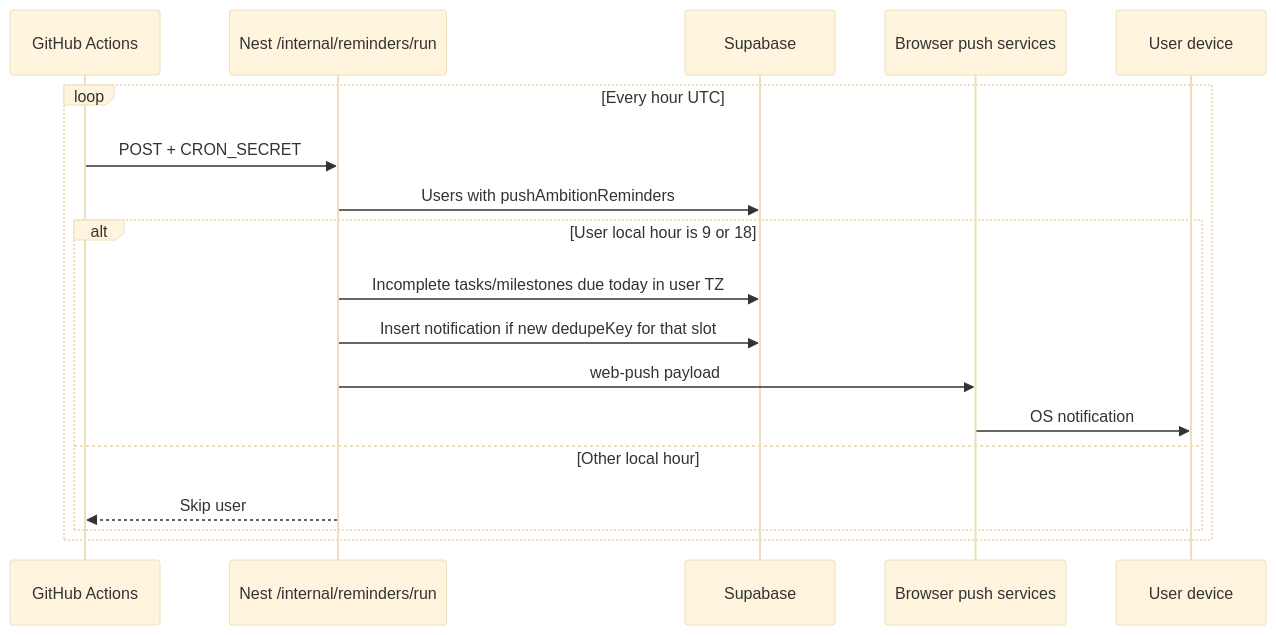
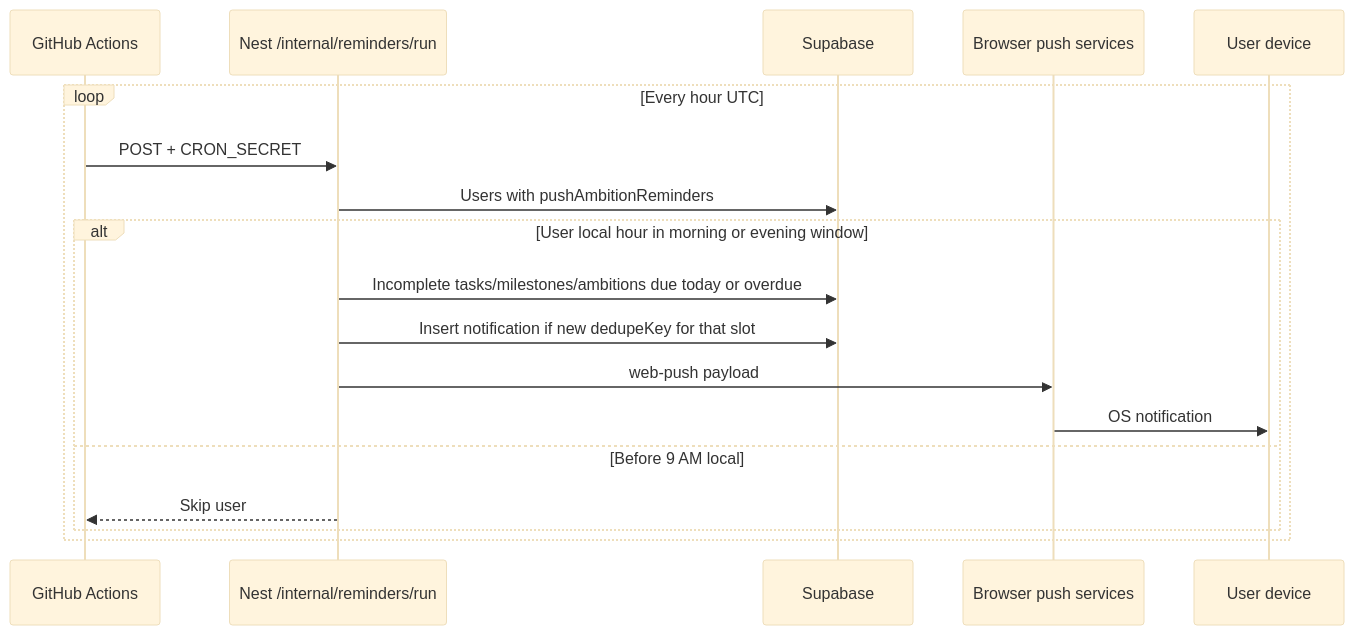
Before and after one commit to hemants1703/AmbitiousYou: the third of 4 diagrams in apps/backend/docs/notifications-cron.md, drawn with Mermaid (base theme). The commit also changed other lines of this file and 7 other files, not shown here.

````diff
--- a/apps/backend/docs/notifications-cron.md
+++ b/apps/backend/docs/notifications-cron.md
@@ -101,21 +103,21 @@
 ```mermaid
 sequenceDiagram
   participant GA as GitHub Actions
   participant API as Nest /internal/reminders/run
   participant DB as Supabase
   participant Push as Browser push services
   participant Device as User device
 
   loop Every hour UTC
     GA->>API: POST + CRON_SECRET
     API->>DB: Users with pushAmbitionReminders
-    alt User local hour is 9 or 18
-      API->>DB: Incomplete tasks/milestones due today in user TZ
+    alt User local hour in morning or evening window
+      API->>DB: Incomplete tasks/milestones/ambitions due today or overdue
       API->>DB: Insert notification if new dedupeKey for that slot
       API->>Push: web-push payload
       Push->>Device: OS notification
-    else Other local hour
+    else Before 9 AM local
       API-->>GA: Skip user
     end
   end
 ```
````
